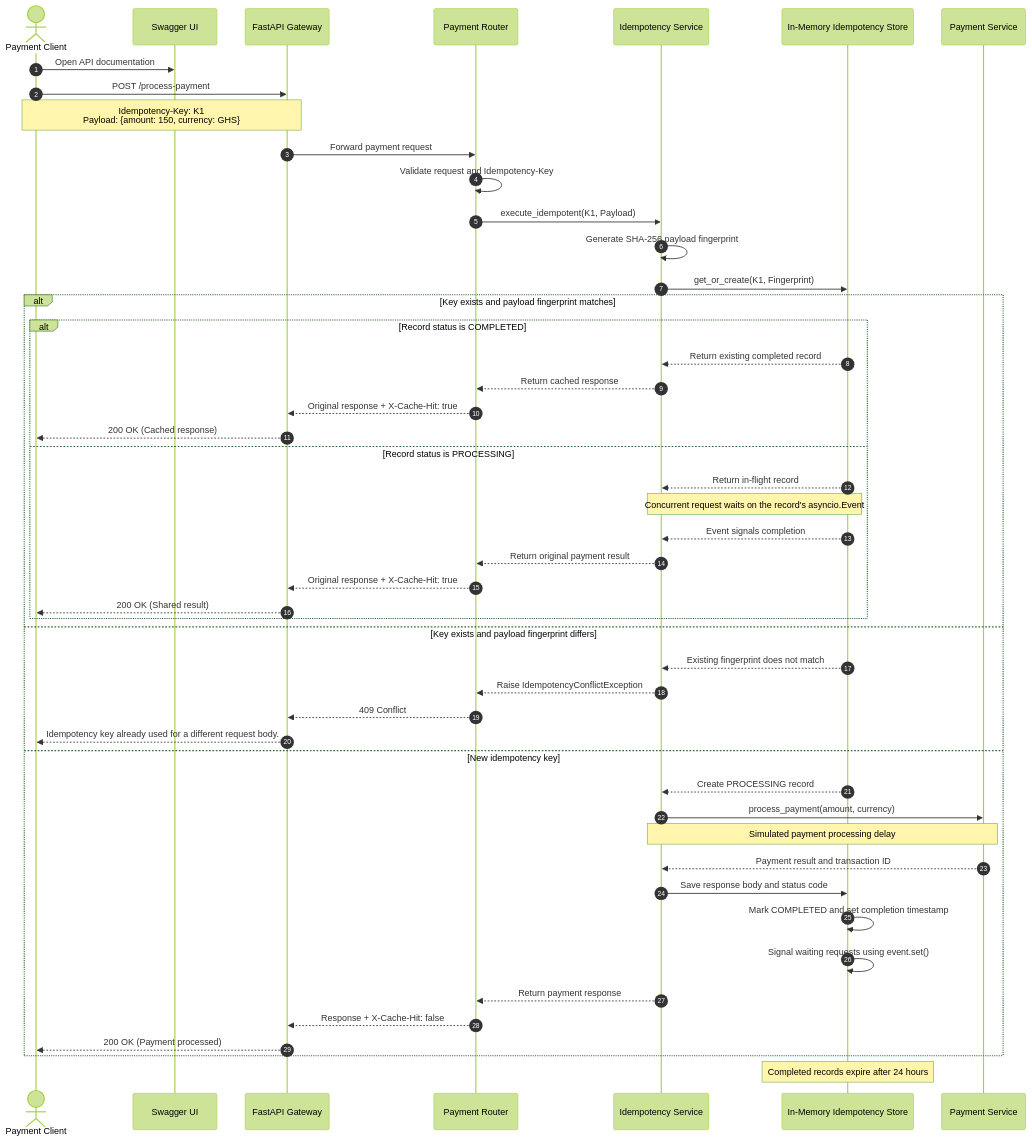
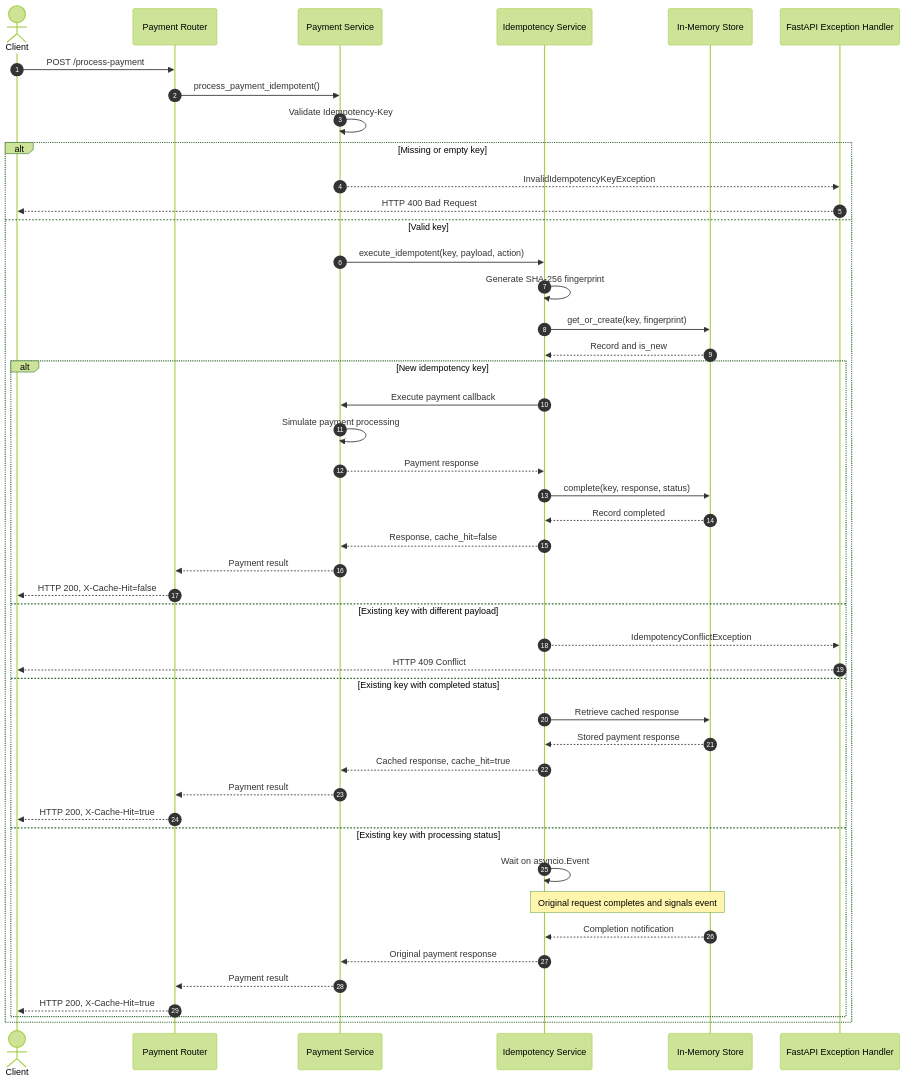
The second of 5 diagrams in README.md (iirasubizadivine/finsafe-idempotency-gateway), drawn with Mermaid (forest theme) before and after one commit. The commit also changed other lines of this file and 1 other file, not shown here.

````diff
--- a/README.md
+++ b/README.md
@@ -471,61 +189,57 @@
 ```mermaid
 sequenceDiagram
     autonumber
 
-    actor Client as Payment Client
-    participant Swagger as Swagger UI
-    participant API as FastAPI Gateway
+    actor Client
     participant Router as Payment Router
-    participant Service as Idempotency Service
-    participant Store as In-Memory Idempotency Store
-    participant Payment as Payment Service
+    participant PS as Payment Service
+    participant IS as Idempotency Service
+    participant Store as In-Memory Store
+    participant EH as FastAPI Exception Handler
 
-    Client->>Swagger: Open API documentation
-    Client->>API: POST /process-payment
-    Note over Client,API: Idempotency-Key: K1<br/>Payload: {amount: 150, currency: GHS}
+    Client->>Router: POST /process-payment
+    Router->>PS: process_payment_idempotent()
 
-    API->>Router: Forward payment request
-    Router->>Router: Validate request and Idempotency-Key
-    Router->>Service: execute_idempotent(K1, Payload)
+    PS->>PS: Validate Idempotency-Key
 
-    Service->>Service: Generate SHA-256 payload fingerprint
-    Service->>Store: get_or_create(K1, Fingerprint)
+    alt Missing or empty key
+        PS-->>EH: InvalidIdempotencyKeyException
+        EH-->>Client: HTTP 400 Bad Request
 
-    alt Key exists and payload fingerprint matches
+    else Valid key
+        PS->>IS: execute_idempotent(key, payload, action)
+        IS->>IS: Generate SHA-256 fingerprint
+        IS->>Store: get_or_create(key, fingerprint)
+        Store-->>IS: Record and is_new
 
-        alt Record status is COMPLETED
-            Store-->>Service: Return existing completed record
-            Service-->>Router: Return cached response
-            Router-->>API: Original response + X-Cache-Hit: true
-            API-->>Client: 200 OK (Cached response)
+        alt New idempotency key
+            IS->>PS: Execute payment callback
+            PS->>PS: Simulate payment processing
+            PS-->>IS: Payment response
+            IS->>Store: complete(key, response, status)
+            Store-->>IS: Record completed
+            IS-->>PS: Response, cache_hit=false
+            PS-->>Router: Payment result
+            Router-->>Client: HTTP 200, X-Cache-Hit=false
 
-        else Record status is PROCESSING
-            Store-->>Service: Return in-flight record
-            Note over Service,Store: Concurrent request waits on the record's asyncio.Event
-            Store-->>Service: Event signals completion
-            Service-->>Router: Return original payment result
-            Router-->>API: Original response + X-Cache-Hit: true
-            API-->>Client: 200 OK (Shared result)
+        else Existing key with different payload
+            IS-->>EH: IdempotencyConflictException
+            EH-->>Client: HTTP 409 Conflict
+
+        else Existing key with completed status
+            IS->>Store: Retrieve cached response
+            Store-->>IS: Stored payment response
+            IS-->>PS: Cached response, cache_hit=true
+            PS-->>Router: Payment result
+            Router-->>Client: HTTP 200, X-Cache-Hit=true
+
+        else Existing key with processing status
+            IS->>IS: Wait on asyncio.Event
+            Note over IS,Store: Original request completes and signals event
+            Store-->>IS: Completion notification
+            IS-->>PS: Original payment response
+            PS-->>Router: Payment result
+            Router-->>Client: HTTP 200, X-Cache-Hit=true
         end
-
-    else Key exists and payload fingerprint differs
-        Store-->>Service: Existing fingerprint does not match
-        Service-->>Router: Raise IdempotencyConflictException
-        Router-->>API: 409 Conflict
-        API-->>Client: Idempotency key already used for a different request body.
-
-    else New idempotency key
-        Store-->>Service: Create PROCESSING record
-        Service->>Payment: process_payment(amount, currency)
-        Note over Service,Payment: Simulated payment processing delay
-        Payment-->>Service: Payment result and transaction ID
-        Service->>Store: Save response body and status code
-        Store->>Store: Mark COMPLETED and set completion timestamp
-        Store->>Store: Signal waiting requests using event.set()
-        Service-->>Router: Return payment response
-        Router-->>API: Response + X-Cache-Hit: false
-        API-->>Client: 200 OK (Payment processed)
     end
-
-    Note over Store: Completed records expire after 24 hours
 ```
````
